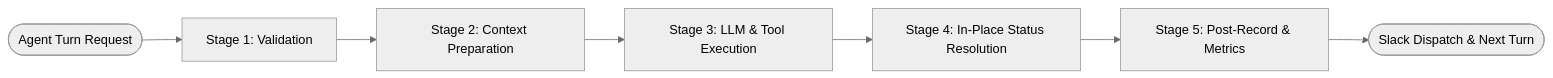
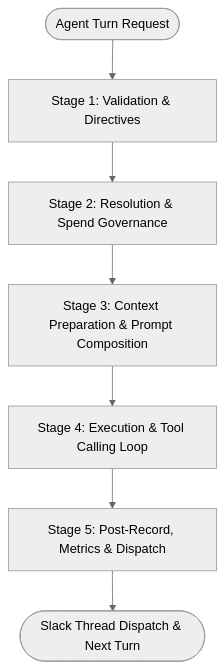
The diagram in docs/architecture/orchestration-pipeline.md (BranMik/Izvor), drawn with Mermaid (neutral theme) before and after one commit. The commit also changed other lines of this file and 16 other files, not shown here.

First line of the commit message:
docs: comprehensive documentation audit and architecture alignment

````diff
--- a/docs/architecture/orchestration-pipeline.md
+++ b/docs/architecture/orchestration-pipeline.md
@@ -9,9 +9,9 @@
 ```mermaid
-graph LR
-    Input([Agent Turn Request]) --> Stage1[Stage 1: Validation]
-    Stage1 --> Stage2[Stage 2: Context Preparation]
-    Stage2 --> Stage3[Stage 3: LLM & Tool Execution]
-    Stage3 --> Stage4[Stage 4: In-Place Status Resolution]
-    Stage4 --> Stage5[Stage 5: Post-Record & Metrics]
-    Stage5 --> Output([Slack Dispatch & Next Turn])
+graph TD
+    Input([Agent Turn Request]) --> Stage1[Stage 1: Validation & Directives]
+    Stage1 --> Stage2[Stage 2: Resolution & Spend Governance]
+    Stage2 --> Stage3[Stage 3: Context Preparation & Prompt Composition]
+    Stage3 --> Stage4[Stage 4: Execution & Tool Calling Loop]
+    Stage4 --> Stage5[Stage 5: Post-Record, Metrics & Dispatch]
+    Stage5 --> Output([Slack Thread Dispatch & Next Turn])
 ```
````
